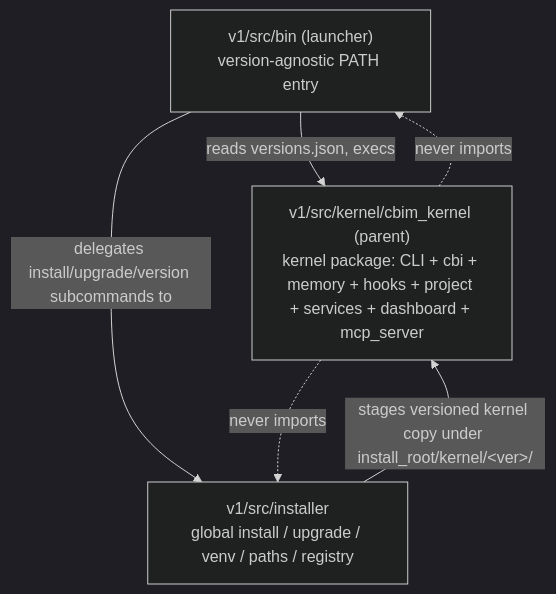
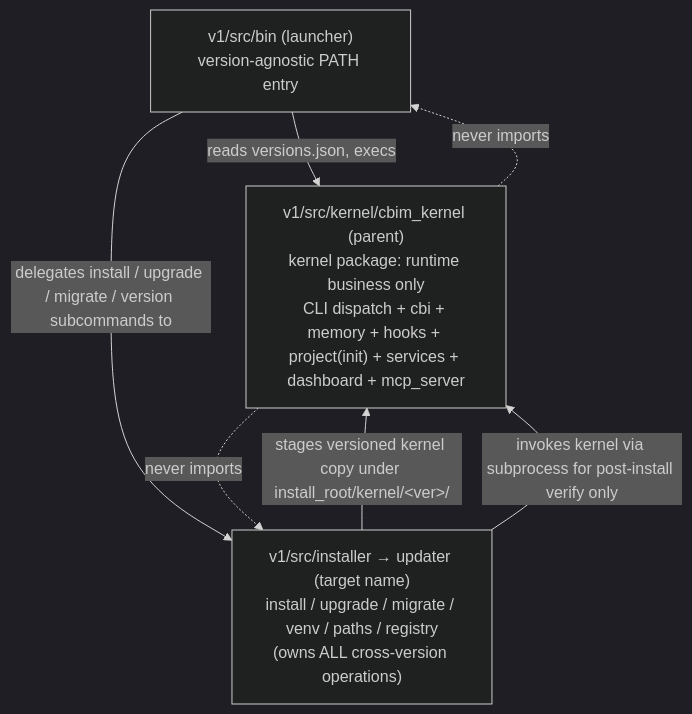
The diagram in .dna/module.md (nan023062/agent-team-cc), drawn with Mermaid (dark theme) before and after one commit. The commit also changed other lines of this file and 17 other files, not shown here.

First line of the commit message:
refactor: separate updater/kernel architecture + add .claudeignore template

````diff
--- a/.dna/module.md
+++ b/.dna/module.md
@@ -14,12 +15,13 @@
 ```mermaid
 graph TD
     launcher["v1/src/bin (launcher)<br/>version-agnostic PATH entry"]
-    installer["v1/src/installer<br/>global install / upgrade / venv / paths / registry"]
-    kernel["v1/src/kernel/cbim_kernel (parent)<br/>kernel package: CLI + cbi + memory + hooks + project + services + dashboard + mcp_server"]
+    updater["v1/src/installer → updater (target name)<br/>install / upgrade / migrate / venv / paths / registry<br/>(owns ALL cross-version operations)"]
+    kernel["v1/src/kernel/cbim_kernel (parent)<br/>kernel package: runtime business only<br/>CLI dispatch + cbi + memory + hooks + project(init) + services + dashboard + mcp_server"]
 
     launcher -->|reads versions.json, execs| kernel
-    launcher -->|delegates install/upgrade/version subcommands to| installer
-    installer -->|stages versioned kernel copy under install_root/kernel/&lt;ver&gt;/| kernel
-    kernel -.->|never imports| installer
+    launcher -->|delegates install / upgrade / migrate / version subcommands to| updater
+    updater -->|stages versioned kernel copy under install_root/kernel/&lt;ver&gt;/| kernel
+    updater -->|invokes kernel via subprocess for post-install verify only| kernel
+    kernel -.->|never imports| updater
     kernel -.->|never imports| launcher
 ```
````
